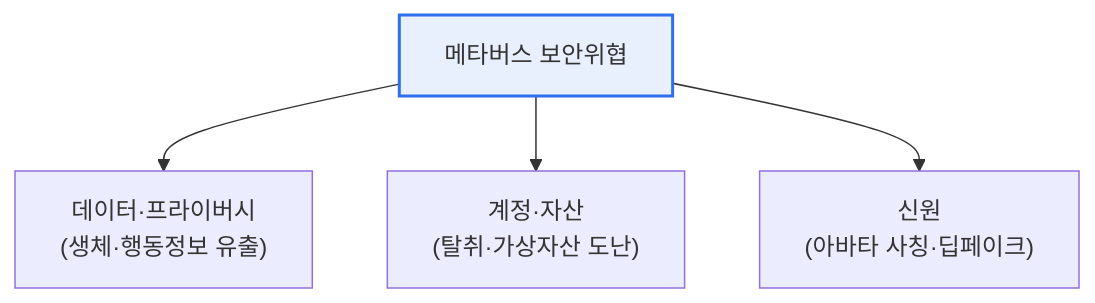
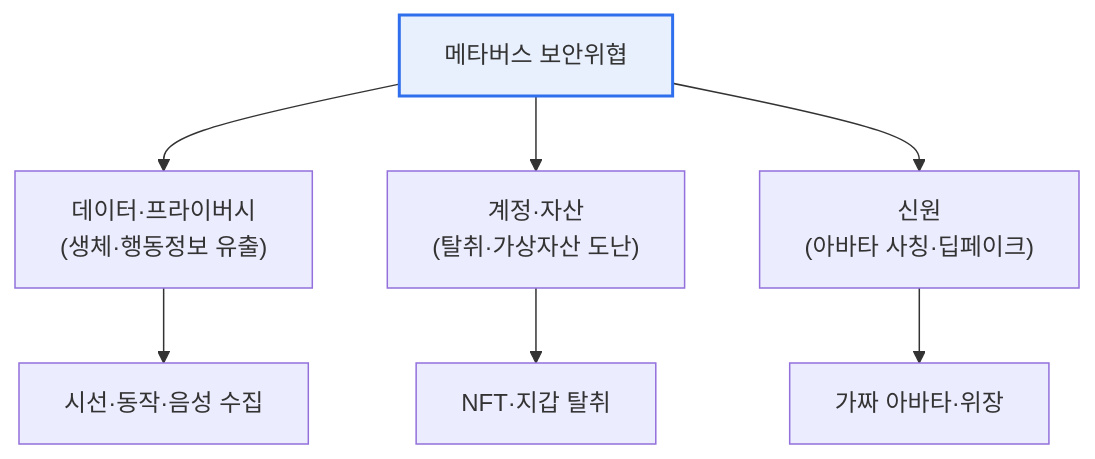
Before and after one commit to coninggu/wjdqhrhksflrltnftk: the first of 2 diagrams in content/metaverse-security.md, drawn with Mermaid. The commit also changed other lines of this file and 3 other files, not shown here.

````diff
--- a/content/metaverse-security.md
+++ b/content/metaverse-security.md
@@ -20,7 +28,10 @@
 ```mermaid
 flowchart TB
-  M[메타버스 보안위협] --> D["데이터·프라이버시<br/>(생체·행동정보 유출)"]
+  M["메타버스 보안위협"] --> D["데이터·프라이버시<br/>(생체·행동정보 유출)"]
   M --> A["계정·자산<br/>(탈취·가상자산 도난)"]
   M --> I["신원<br/>(아바타 사칭·딥페이크)"]
+  D --> D1["시선·동작·음성 수집"]
+  A --> A1["NFT·지갑 탈취"]
+  I --> I1["가짜 아바타·위장"]
   style M fill:#e8f0fe,stroke:#2f6fed,stroke-width:2px
 ```
````
